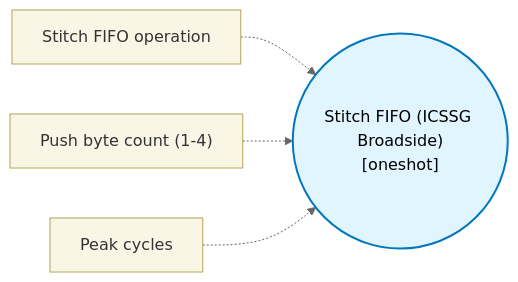
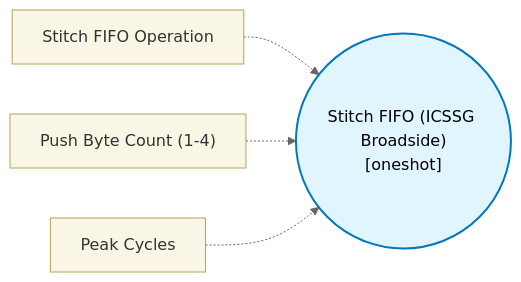
The diagram in docs/block-reference/blocks/stitch_fifo_block/design.md (TexasInstruments/pru-no-code-tool), drawn with Mermaid (neutral theme) before and after one commit. The commit also changed other lines of this file and 89 other files, not shown here.

````diff
--- a/docs/block-reference/blocks/stitch_fifo_block/design.md
+++ b/docs/block-reference/blocks/stitch_fifo_block/design.md
@@ -11,9 +11,9 @@
 ```mermaid
 flowchart LR
   classDef config fill:#f9f6e5,stroke:#b1a457,stroke-width:1px,color:#333;
   classDef core fill:#e1f5fe,stroke:#0277bd,stroke-width:2px,color:#000;
   CORE(("Stitch FIFO (ICSSG Broadside)\n[oneshot]")):::core
-  CFG0["Stitch FIFO operation"]:::config -.-> CORE
-  CFG1["Push byte count (1-4)"]:::config -.-> CORE
-  CFG2["Peak cycles"]:::config -.-> CORE
+  CFG0["Stitch FIFO Operation"]:::config -.-> CORE
+  CFG1["Push Byte Count (1-4)"]:::config -.-> CORE
+  CFG2["Peak Cycles"]:::config -.-> CORE
 ```
````
